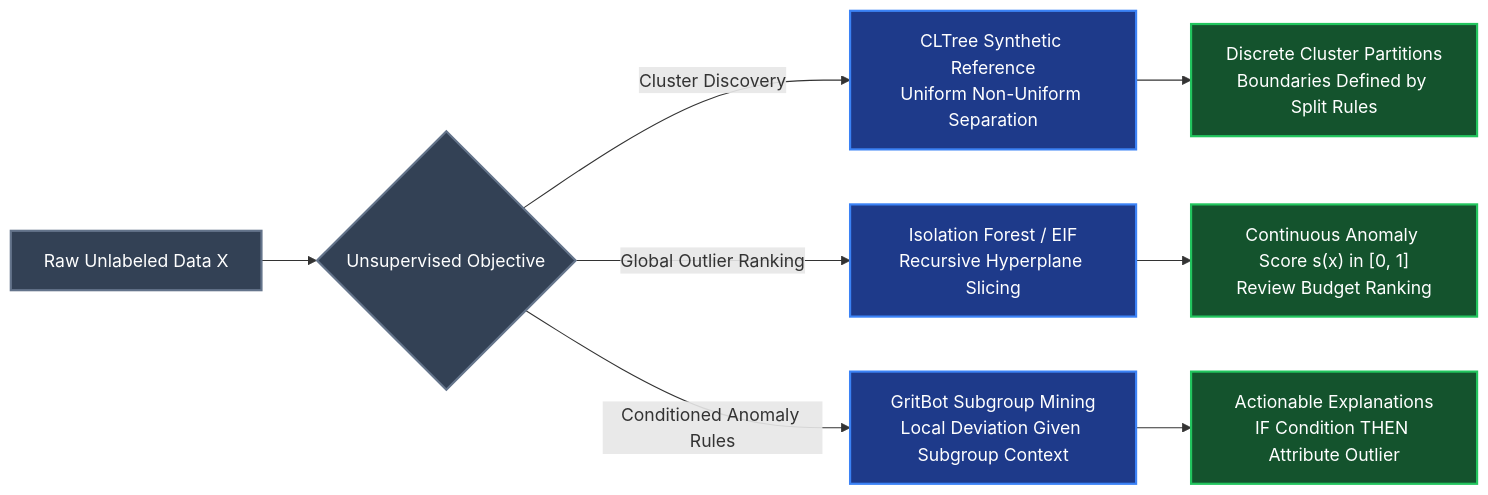
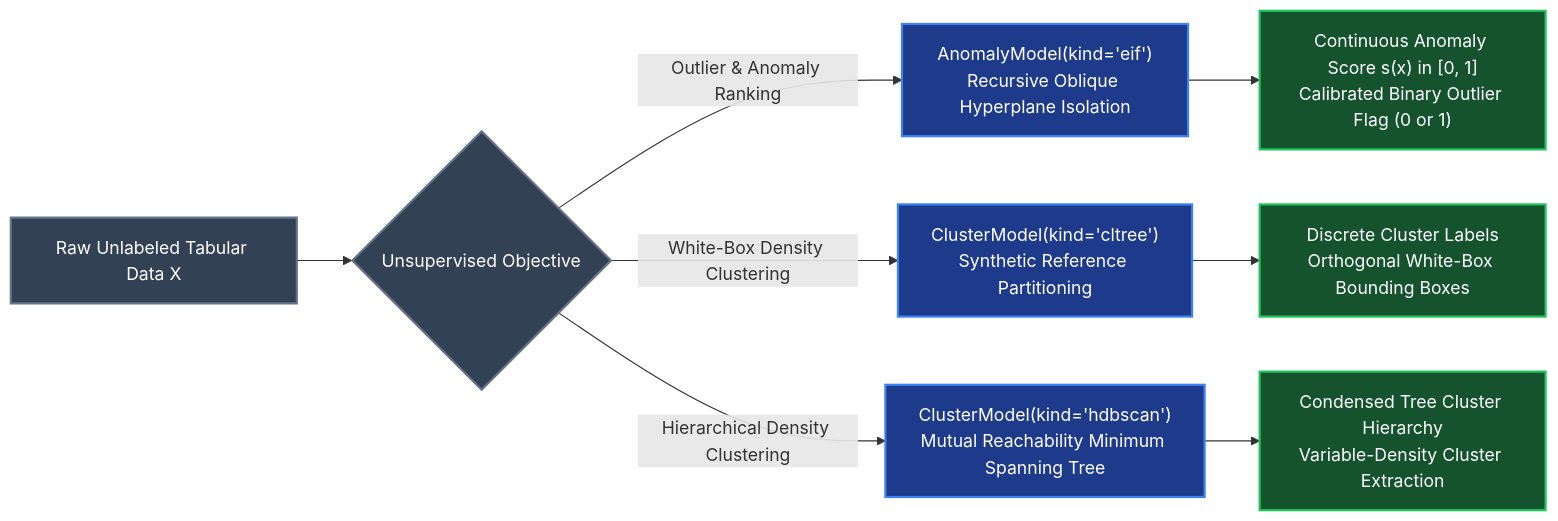
The diagram in docs/examples/unsupervised-clustering-and-anomalies.md (jkapila/mltreelib), drawn with Mermaid before and after one commit. The commit also changed other lines of this file and 9 other files, not shown here.

````diff
--- a/docs/examples/unsupervised-clustering-and-anomalies.md
+++ b/docs/examples/unsupervised-clustering-and-anomalies.md
@@ -21,20 +20,20 @@
 ```mermaid
 flowchart LR
-    A["Raw Unlabeled Data X"] --> B{"Unsupervised Objective"}
+    A["Raw Unlabeled Tabular Data X"] --> B{"Unsupervised Objective"}
 
-    B -- "Cluster Discovery" --> C["CLTree Synthetic Reference\nUniform Non-Uniform Separation"]
-    B -- "Global Outlier Ranking" --> D["Isolation Forest / EIF\nRecursive Hyperplane Slicing"]
-    B -- "Conditioned Anomaly Rules" --> E["GritBot Subgroup Mining\nLocal Deviation Given Subgroup Context"]
+    B -- "Outlier & Anomaly Ranking" --> C["AnomalyModel(kind='eif')\nRecursive Oblique Hyperplane Isolation"]
+    B -- "White-Box Density Clustering" --> D["ClusterModel(kind='cltree')\nSynthetic Reference Partitioning"]
+    B -- "Hierarchical Density Clustering" --> E["ClusterModel(kind='hdbscan')\nMutual Reachability Minimum Spanning Tree"]
 
-    C --> F["Discrete Cluster Partitions\nBoundaries Defined by Split Rules"]
-    D --> G["Continuous Anomaly Score s(x) in [0, 1]\nReview Budget Ranking"]
-    E --> H["Actionable Explanations\nIF Condition THEN Attribute Outlier"]
+    C --> F["Continuous Anomaly Score s(x) in [0, 1]\nCalibrated Binary Outlier Flag (0 or 1)"]
+    D --> G["Discrete Cluster Labels\nOrthogonal White-Box Bounding Boxes"]
+    E --> H["Condensed Tree Cluster Hierarchy\nVariable-Density Cluster Extraction"]
 
     classDef blueBox fill:#1e3a8a,stroke:#3b82f6,stroke-width:2px,color:#ffffff;
     classDef greenBox fill:#14532d,stroke:#22c55e,stroke-width:2px,color:#ffffff;
     classDef grayBox fill:#334155,stroke:#64748b,stroke-width:2px,color:#ffffff;
 
     class A,B grayBox;
     class C,D,E blueBox;
     class F,G,H greenBox;
 ```
````
